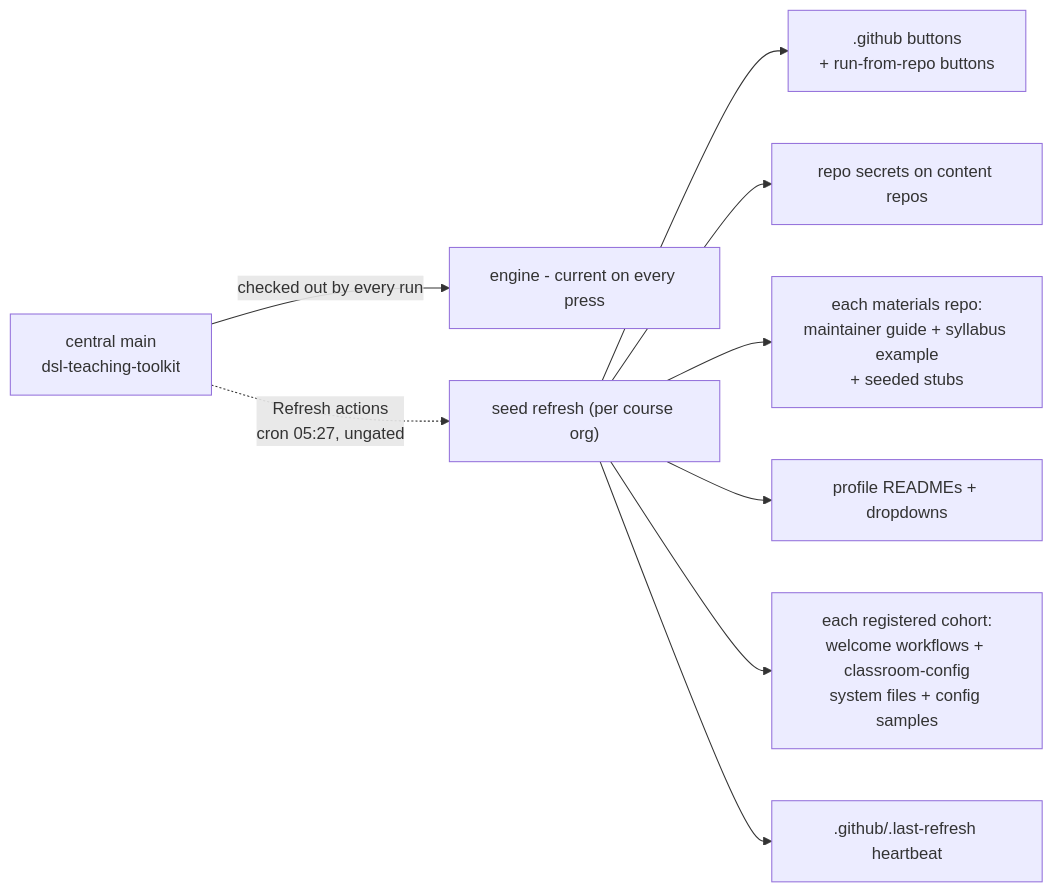
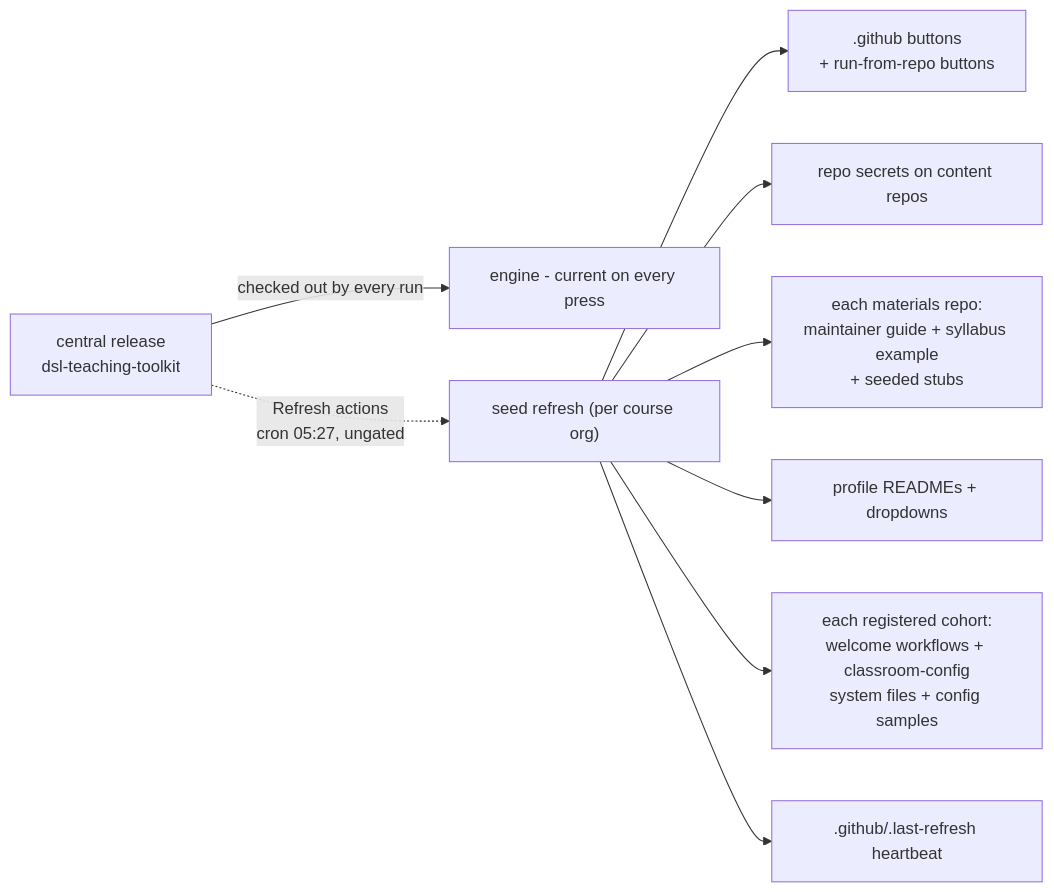
Before and after one commit to hertie-data-science-lab/dsl-teaching-toolkit: the eighth of 10 diagrams in docs-admin-arch/architecture.md, drawn with Mermaid. The commit also changed other lines of this file and 5 other files, not shown here.

First line of the commit message:
feat(central): run seeded workflows from a release branch, and pin the deps

````diff
--- a/docs-admin-arch/architecture.md
+++ b/docs-admin-arch/architecture.md
@@ -443,19 +446,19 @@
 ```mermaid
 flowchart LR
-  c["`central main
+  c["`central release
 dsl-teaching-toolkit`"]
   c -->|"checked out by every run"| eng["engine - current on every press"]
   c -.->|"`Refresh actions
 cron 05:27, ungated`"| sr["seed refresh (per course org)"]
   sr --> w["`.github buttons
 + run-from-repo buttons`"]
   sr --> sec["repo secrets on content repos"]
   sr --> sys["`each materials repo:
 maintainer guide + syllabus example
 + seeded stubs`"]
   sr --> pr["profile READMEs + dropdowns"]
   sr --> coh["`each registered cohort:
 welcome workflows + classroom-config
 system files + config samples`"]
   sr --> hb[".github/.last-refresh heartbeat"]
 ```
````
